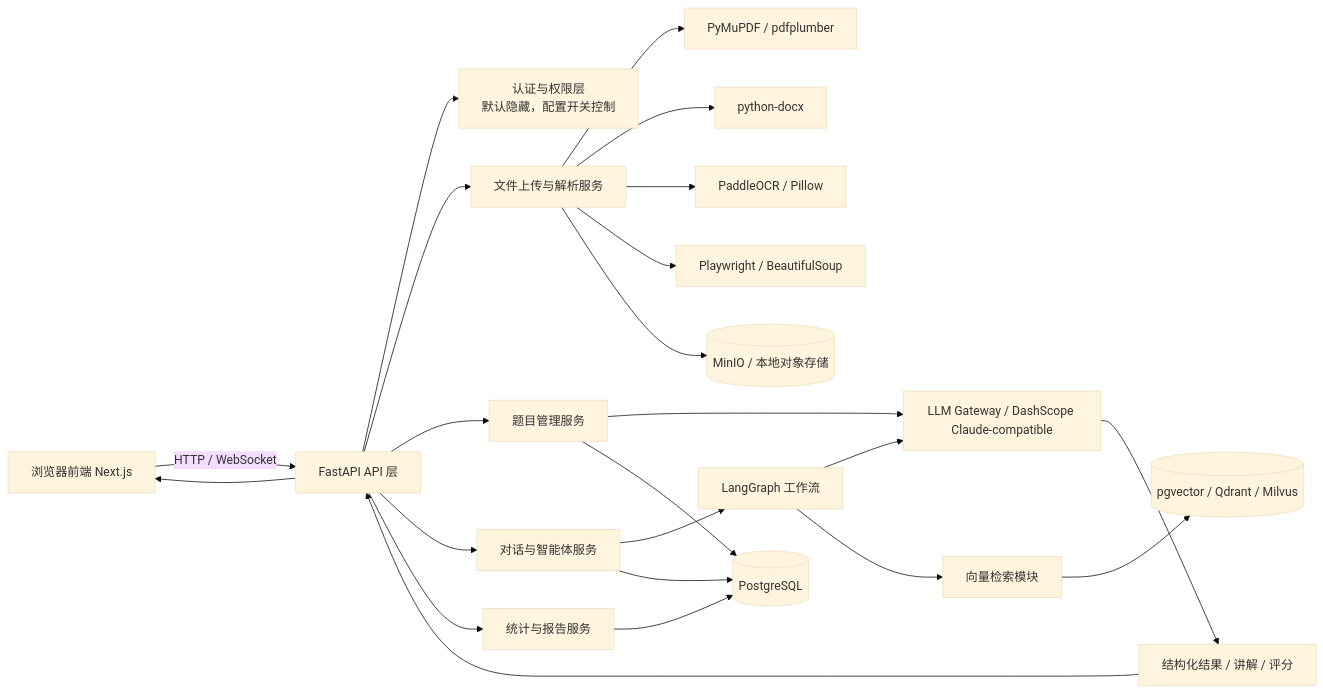
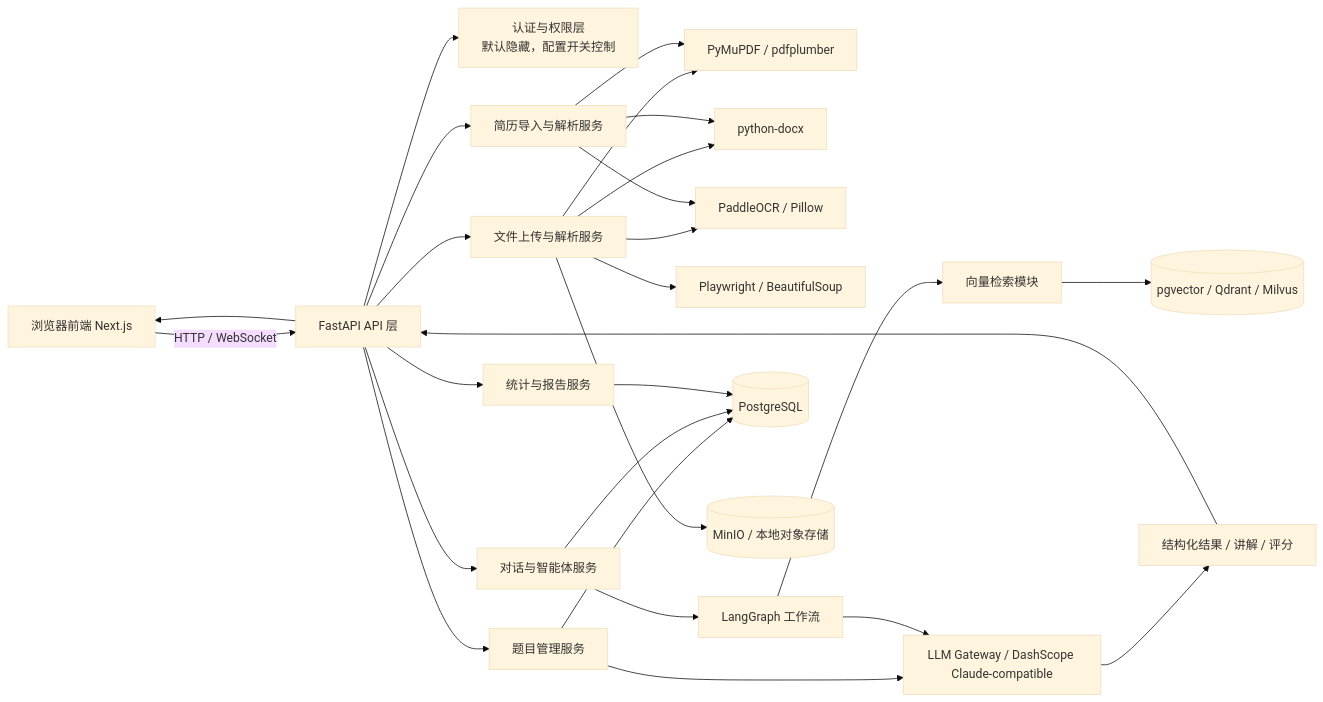
One commit to XiYaMuYi/Interview-Practice-App changed the diagram in readme/02_Tech_Stack_Design.md. Above: the diagram before and after it, drawn with Mermaid (base theme). The commit also changed other lines of this file and 26 other files, not shown here.

````diff
--- a/readme/02_Tech_Stack_Design.md
+++ b/readme/02_Tech_Stack_Design.md
@@ -190,30 +196,34 @@
 ```mermaid
 flowchart LR
     U[浏览器前端 Next.js] -->|HTTP / WebSocket| API[FastAPI API 层]
 
     API --> AUTH[认证与权限层\n默认隐藏，配置开关控制]
     API --> FILE[文件上传与解析服务]
+    API --> RESUME[简历导入与解析服务]
     API --> QRY[题目管理服务]
     API --> CHAT[对话与智能体服务]
     API --> STAT[统计与报告服务]
 
     FILE --> PDF[PyMuPDF / pdfplumber]
     FILE --> DOC[python-docx]
     FILE --> IMG[PaddleOCR / Pillow]
     FILE --> WEB[Playwright / BeautifulSoup]
+    RESUME --> PDF
+    RESUME --> DOC
+    RESUME --> IMG
 
     QRY --> LLM[LLM Gateway / DashScope Claude-compatible]
     CHAT --> GRAPH[LangGraph 工作流]
     GRAPH --> LLM
     GRAPH --> RETR[向量检索模块]
 
     RETR --> VDB[(pgvector / Qdrant / Milvus)]
     QRY --> PG[(PostgreSQL)]
     CHAT --> PG
     STAT --> PG
     FILE --> OBJ[(MinIO / 本地对象存储)]
 
     LLM --> RESP[结构化结果 / 讲解 / 评分]
     RESP --> API
     API --> U
 ```
````
